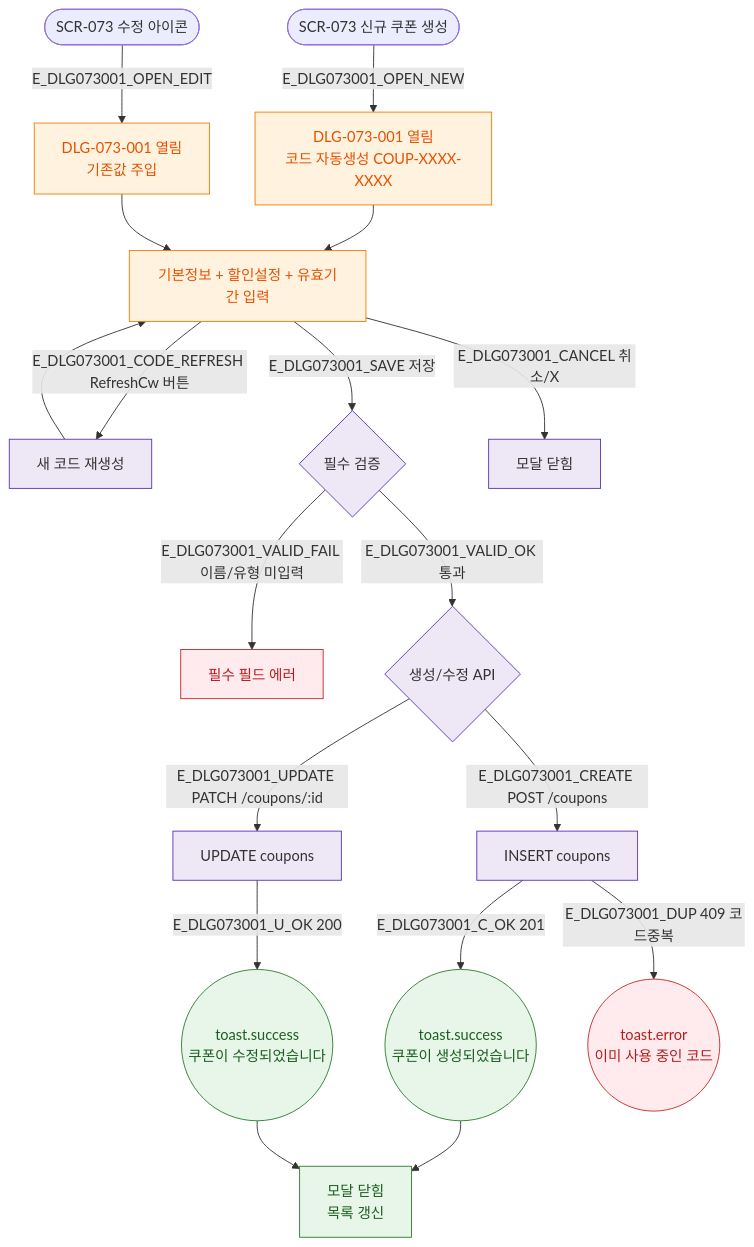
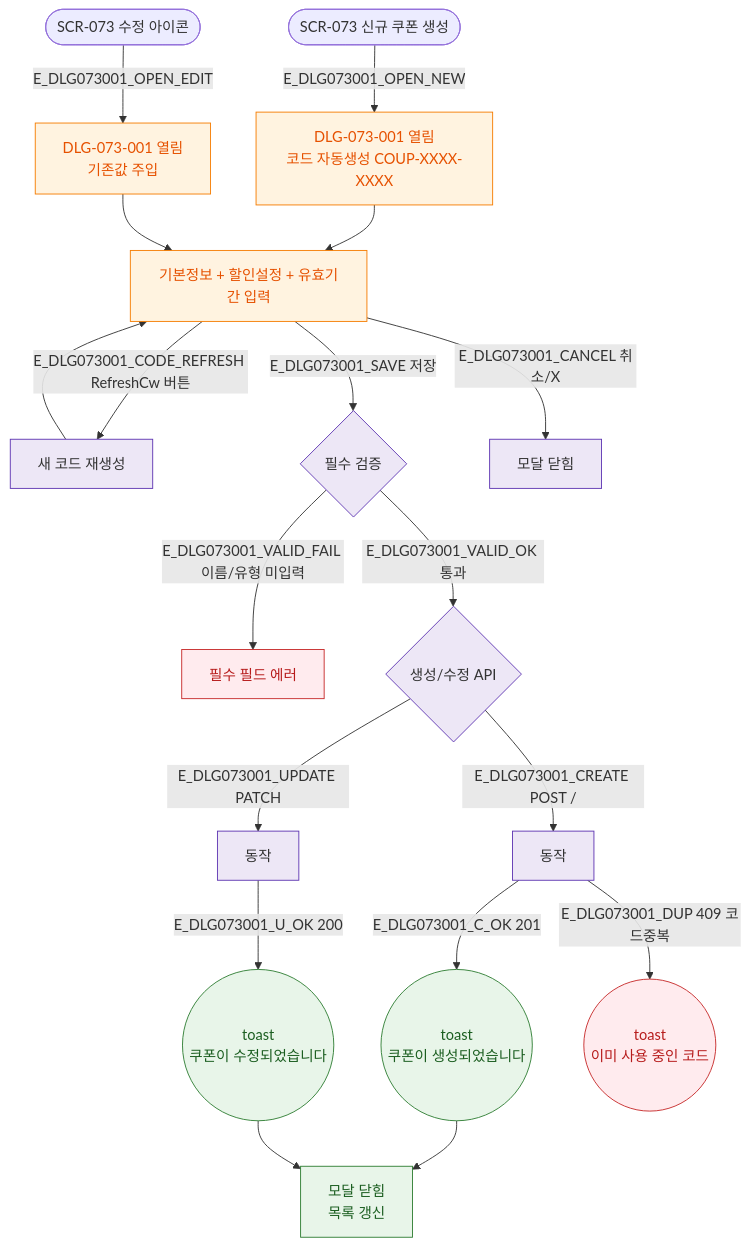
Before and after one commit to dev-spogym/admin-pando: the diagram in docs/다이어그램/D08_마케팅/DLG/DLG-073-001_쿠폰생성수정/M1_생명주기.md, drawn with Mermaid. The commit also changed other lines of this file and 1660 other files, not shown here.

First line of the commit message:
다이어그램: 기획자/클라이언트 납품본으로 정리

````diff
--- a/docs/다이어그램/D08_마케팅/DLG/DLG-073-001_쿠폰생성수정/M1_생명주기.md
+++ b/docs/다이어그램/D08_마케팅/DLG/DLG-073-001_쿠폰생성수정/M1_생명주기.md
@@ -14,34 +12,34 @@
 ```mermaid
 flowchart TD
-  TRIGGER_NEW([SCR-073 신규 쿠폰 생성]) -->|E_DLG073001_OPEN_NEW| MODAL_NEW[DLG-073-001 열림\n코드 자동생성 COUP-XXXX-XXXX]
-  TRIGGER_EDIT([SCR-073 수정 아이콘]) -->|E_DLG073001_OPEN_EDIT| MODAL_EDIT[DLG-073-001 열림\n기존값 주입]
+  TRIGGER_NEW([SCR-073 신규 쿠폰 생성]) -->|E_DLG073001_OPEN_NEW|MODAL_NEW[DLG-073-001 열림\n코드 자동생성 COUP-XXXX-XXXX]
+  TRIGGER_EDIT([SCR-073 수정 아이콘]) -->|E_DLG073001_OPEN_EDIT|MODAL_EDIT[DLG-073-001 열림\n기존값 주입]
 
   MODAL_NEW --> INPUT[기본정보 + 할인설정 + 유효기간 입력]
   MODAL_EDIT --> INPUT
-  INPUT -->|E_DLG073001_CODE_REFRESH RefreshCw 버튼| CODE_NEW[새 코드 재생성]
+  INPUT -->|E_DLG073001_CODE_REFRESH RefreshCw 버튼|CODE_NEW[새 코드 재생성]
   CODE_NEW --> INPUT
 
-  INPUT -->|E_DLG073001_SAVE 저장| VALID{필수 검증}
-  INPUT -->|E_DLG073001_CANCEL 취소/X| CLOSE[모달 닫힘]
+  INPUT -->|E_DLG073001_SAVE 저장|VALID{필수 검증}
+  INPUT -->|E_DLG073001_CANCEL 취소/X|CLOSE[모달 닫힘]
 
-  VALID -->|E_DLG073001_VALID_FAIL 이름/유형 미입력| ERR_VALID[필수 필드 에러]
-  VALID -->|E_DLG073001_VALID_OK 통과| API{생성/수정 API}
+  VALID -->|E_DLG073001_VALID_FAIL 이름/유형 미입력|ERR_VALID[필수 필드 에러]
+  VALID -->|E_DLG073001_VALID_OK 통과|API{생성/수정 API}
 
-  API -->|E_DLG073001_CREATE POST /coupons| CREATE_OK[INSERT coupons]
-  API -->|"E_DLG073001_UPDATE PATCH /coupons/:id"| UPDATE_OK[UPDATE coupons]
-  CREATE_OK -->|E_DLG073001_C_OK 201| T_OK((toast.success\n쿠폰이 생성되었습니다))
-  UPDATE_OK -->|E_DLG073001_U_OK 200| T_EDIT((toast.success\n쿠폰이 수정되었습니다))
-  CREATE_OK -->|E_DLG073001_DUP 409 코드중복| T_DUP((toast.error\n이미 사용 중인 코드))
+  API -->|E_DLG073001_CREATE POST /|CREATE_OK[동작]
+  API -->|"E_DLG073001_UPDATE PATCH "|UPDATE_OK[동작]
+  CREATE_OK -->|E_DLG073001_C_OK 201|T_OK((toast\n쿠폰이 생성되었습니다))
+  UPDATE_OK -->|E_DLG073001_U_OK 200|T_EDIT((toast\n쿠폰이 수정되었습니다))
+  CREATE_OK -->|E_DLG073001_DUP 409 코드중복|T_DUP((toast\n이미 사용 중인 코드))
   T_OK --> CLOSE_OK[모달 닫힘\n목록 갱신]
   T_EDIT --> CLOSE_OK
 
-  classDef modal       fill:#FFF3E0,stroke:#F57C00,color:#E65100
-  classDef success     fill:#E8F5E9,stroke:#2E7D32,color:#1B5E20
-  classDef error       fill:#FFEBEE,stroke:#C62828,color:#B71C1C
-  classDef system      fill:#EDE7F6,stroke:#5E35B2
+  classDef modal fill:#FFF3E0,stroke:#F57C00,color:#E65100
+  classDef success fill:#E8F5E9,stroke:#2E7D32,color:#1B5E20
+  classDef error fill:#FFEBEE,stroke:#C62828,color:#B71C1C
+  classDef system fill:#EDE7F6,stroke:#5E35B2
 
   class MODAL_NEW,MODAL_EDIT,INPUT modal
   class T_OK,T_EDIT,CLOSE_OK success
   class ERR_VALID,T_DUP error
   class VALID,API,CREATE_OK,UPDATE_OK,CLOSE,CODE_NEW system
 ```
````
